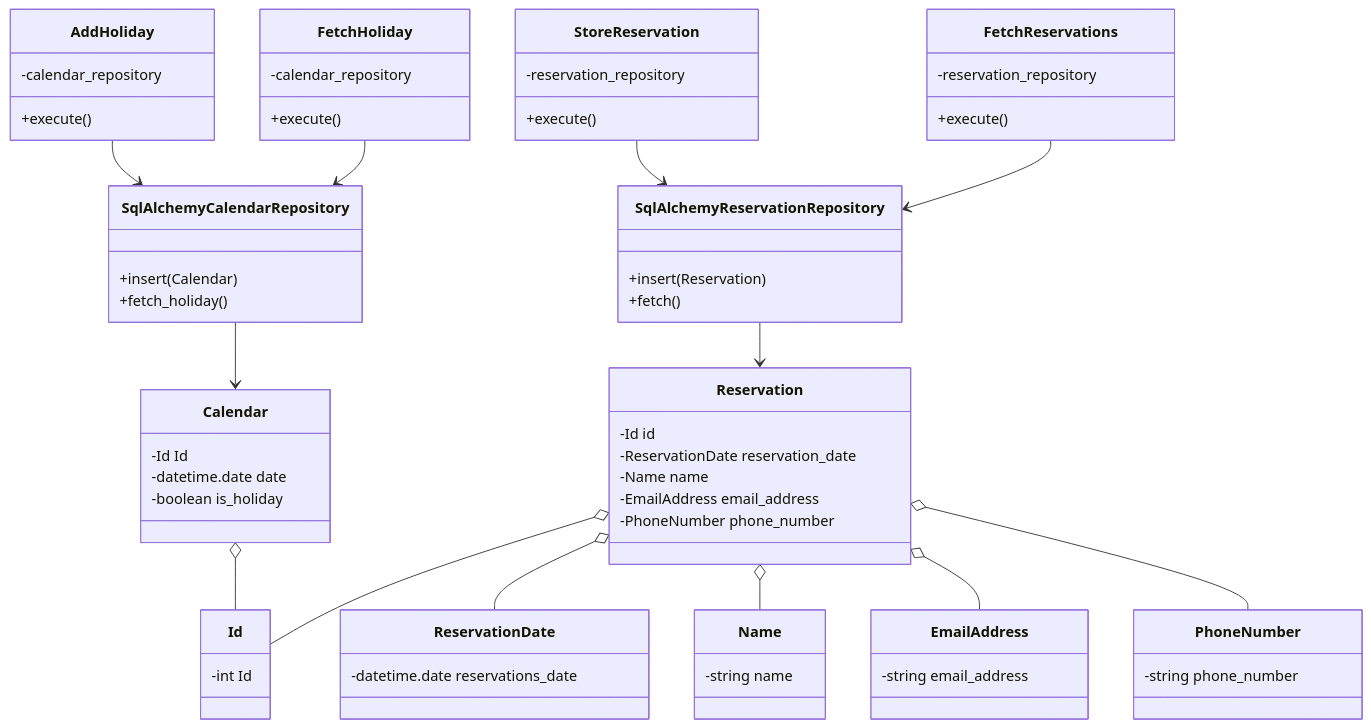
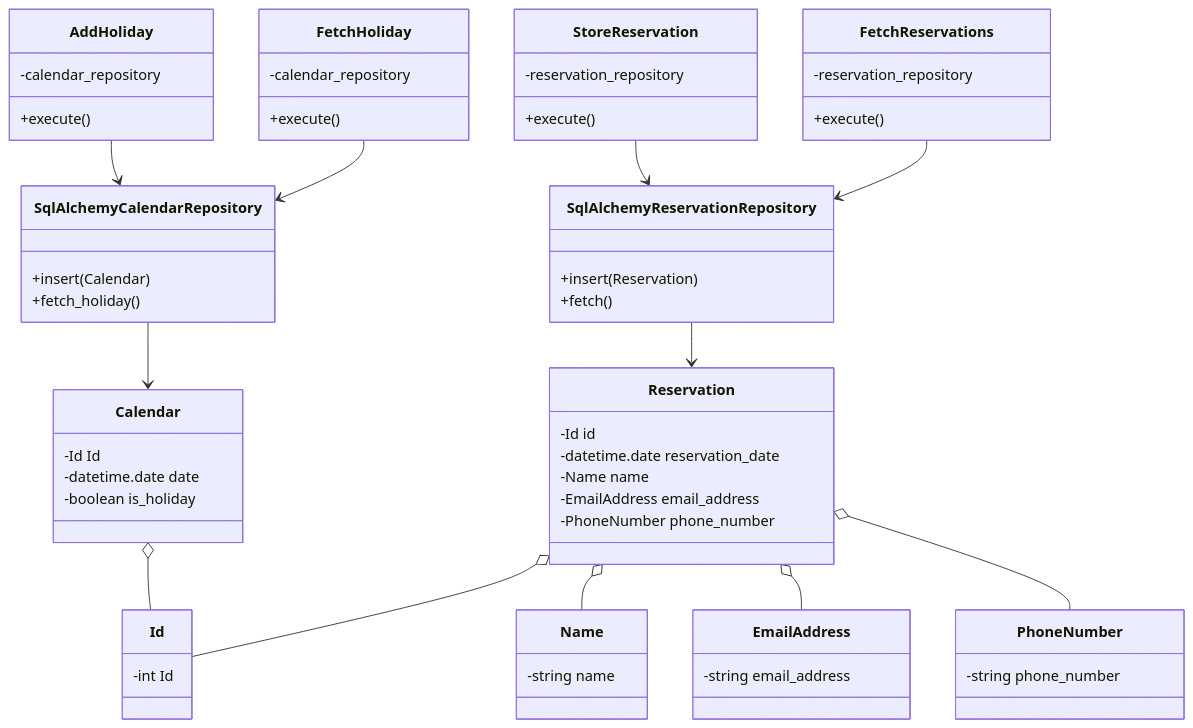
Before and after one commit to nakajima97/fastapi-react-reservation-form-object-oriented: the diagram in documents/api/class-diagram.md, drawn with Mermaid.

Commit message:
クラス図からreservate dateを削除 (#47)

````diff
--- a/documents/api/class-diagram.md
+++ b/documents/api/class-diagram.md
@@ -1,73 +1,69 @@
 ```mermaid
 classDiagram
   StoreReservation --> SqlAlchemyReservationRepository
   class StoreReservation{
     -reservation_repository
     +execute()
   }
 
   FetchReservations --> SqlAlchemyReservationRepository
   class FetchReservations {
     -reservation_repository
     +execute()
   }
 
   SqlAlchemyReservationRepository --> Reservation
   class SqlAlchemyReservationRepository{
     +insert(Reservation)
     +fetch()
   }
 
   Reservation o-- Id
-  Reservation o-- ReservationDate
   Reservation o-- Name
   Reservation o-- EmailAddress
   Reservation o-- PhoneNumber
   class Reservation{
     -Id id
-    -ReservationDate reservation_date
+    -datetime.date reservation_date
     -Name name
     -EmailAddress email_address
     -PhoneNumber phone_number
-  }
-  class ReservationDate{
-    -datetime.date reservations_date
   }
   class Name{
     -string name
   }
   class EmailAddress{
     -string email_address
   }
   class PhoneNumber{
     -string phone_number
   }
 
   AddHoliday --> SqlAlchemyCalendarRepository
   class AddHoliday{
     -calendar_repository
     +execute()
   }
 
   FetchHoliday --> SqlAlchemyCalendarRepository
   class FetchHoliday{
     -calendar_repository
     +execute()
   }
 
   SqlAlchemyCalendarRepository --> Calendar
   class SqlAlchemyCalendarRepository{
     +insert(Calendar)
     +fetch_holiday()
   }
 
   Calendar o-- Id
   class Calendar{
     -Id Id
     -datetime.date date
     -boolean is_holiday
   }
   class Id{
     -int Id
   }
 ```
````
